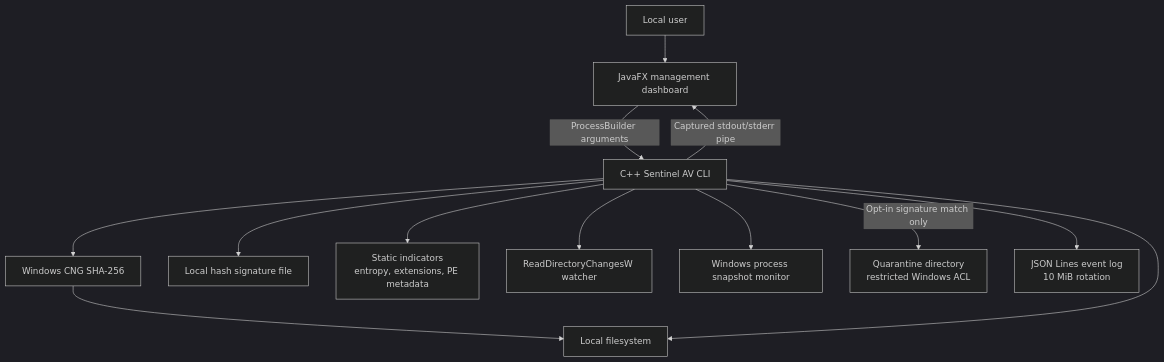
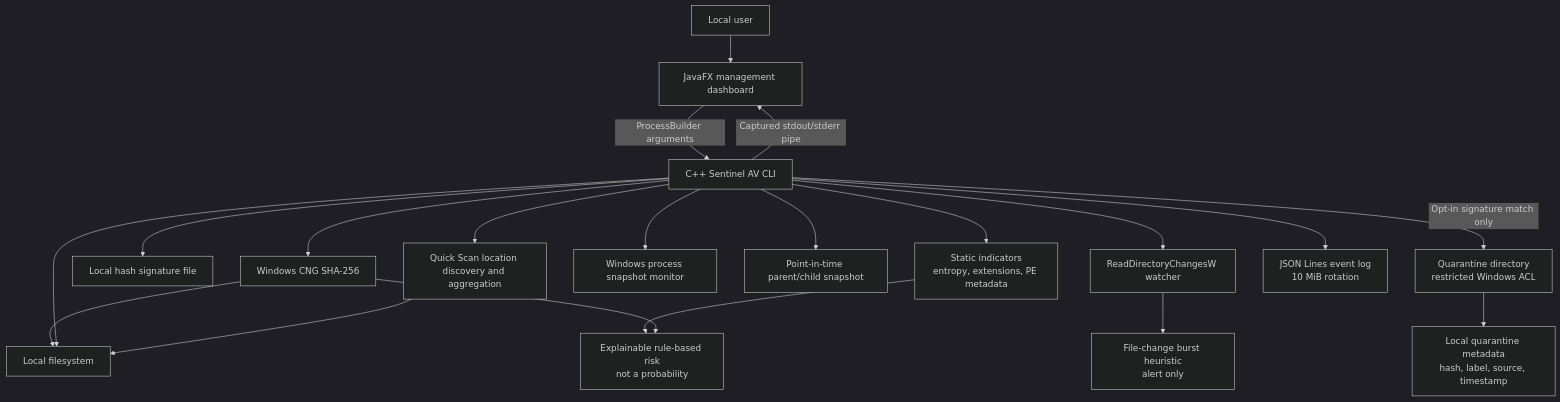
One commit to ArgirisViv/sentinel-antivirus changed the diagram in docs/architecture.md. Above: the diagram before and after it, drawn with Mermaid (dark theme). The commit also changed other lines of this file and 19 other files, not shown here.

Commit message:
Prepare commercial roadmap and Quick Scan milestone

````diff
--- a/docs/architecture.md
+++ b/docs/architecture.md
@@ -7,27 +7,39 @@
 ```mermaid
 flowchart TB
     User[Local user]
     UI[JavaFX management dashboard]
     CLI[C++ Sentinel AV CLI]
     Hash[Windows CNG SHA-256]
     Signatures[Local hash signature file]
     Static[Static indicators<br/>entropy, extensions, PE metadata]
+    Risk[Explainable rule-based risk<br/>not a probability]
     Files[Local filesystem]
     Watcher[ReadDirectoryChangesW watcher]
+    Behavior[File-change burst heuristic<br/>alert only]
     Processes[Windows process snapshot monitor]
+    ProcessTree[Point-in-time parent/child snapshot]
+    QuickScan[Quick Scan location discovery and aggregation]
     Quarantine[Quarantine directory<br/>restricted Windows ACL]
+    Metadata[Local quarantine metadata<br/>hash, label, source, timestamp]
     EventLog[JSON Lines event log<br/>10 MiB rotation]
 
     User --> UI
     UI -->|ProcessBuilder arguments| CLI
     CLI -->|Captured stdout/stderr pipe| UI
     CLI --> Hash
     Hash --> Files
     CLI --> Signatures
     CLI --> Static
+    Static --> Risk
+    Hash --> Risk
     CLI --> Files
     CLI --> Watcher
+    Watcher --> Behavior
     CLI --> Processes
+    CLI --> ProcessTree
+    CLI --> QuickScan
+    QuickScan --> Files
     CLI -->|Opt-in signature match only| Quarantine
+    Quarantine --> Metadata
     CLI --> EventLog
 ```
````
